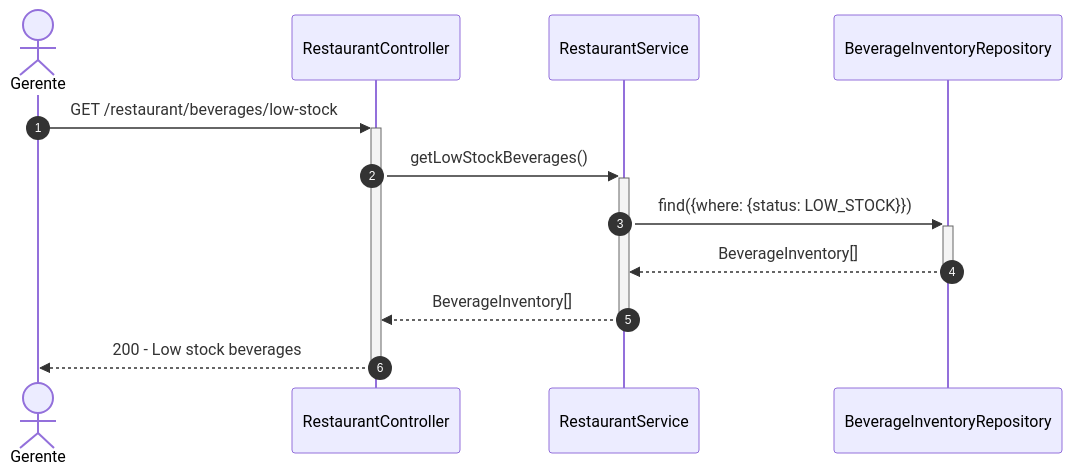
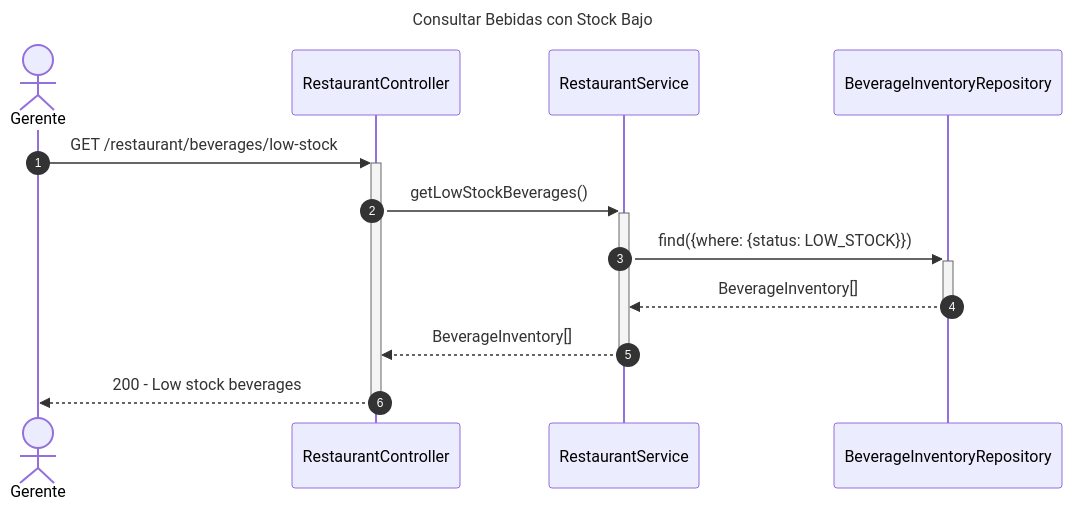
Before and after one commit to Nick220505/hotelier-backend: the sixth of 7 diagrams in diagrams/sequence/restaurant-sequence-diagram.md, drawn with Mermaid. The commit also changed other lines of this file and 5 other files, not shown here.

Commit message:
Add titles to sequence diagrams for Billing, Employees, Inventory, Reservations, Restaurant, and Users modules

````diff
--- a/diagrams/sequence/restaurant-sequence-diagram.md
+++ b/diagrams/sequence/restaurant-sequence-diagram.md
@@ -174,17 +189,20 @@
 ```mermaid
+---
+title: Consultar Bebidas con Stock Bajo
+---
 sequenceDiagram
     autonumber
     actor Gerente
     participant Controller as RestaurantController
     participant Service as RestaurantService
     participant BeverageRepo as BeverageInventoryRepository
 
     Gerente->>+Controller: GET /restaurant/beverages/low-stock
     Controller->>+Service: getLowStockBeverages()
     
     Service->>+BeverageRepo: find({where: {status: LOW_STOCK}})
     BeverageRepo-->>-Service: BeverageInventory[]
     
     Service-->>-Controller: BeverageInventory[]
     Controller-->>-Gerente: 200 - Low stock beverages
 ```
````
